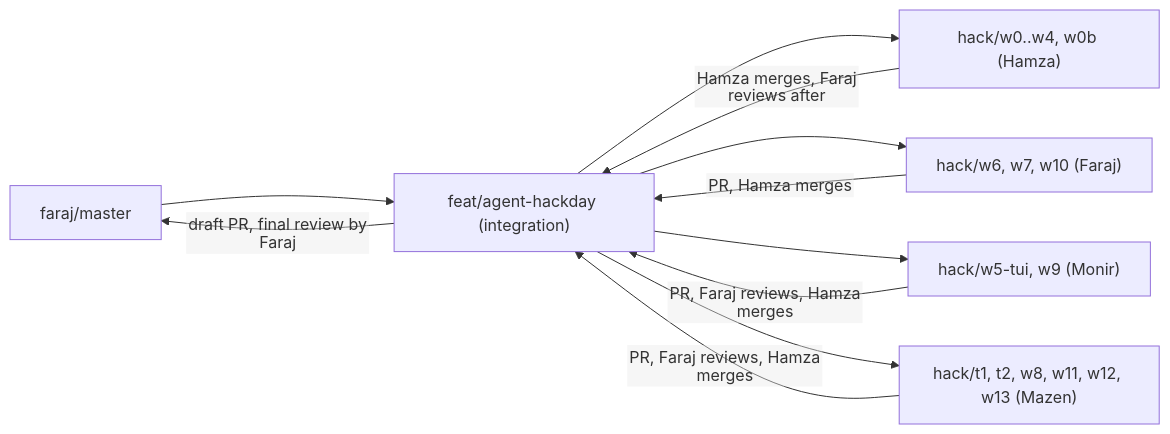
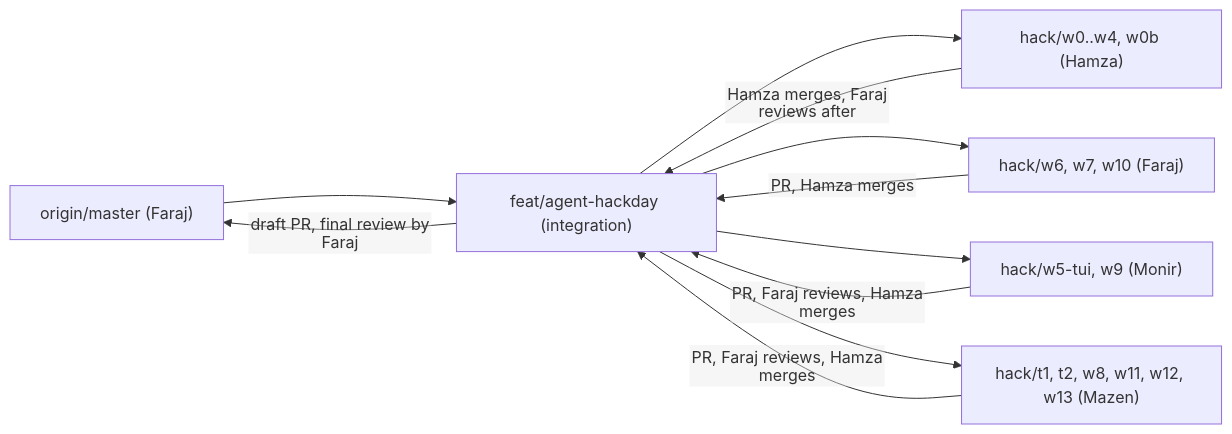
One commit to Ahmad-Faraj/polyman changed the diagram in design/agent/11-hackday-plan.md. Above: the diagram before and after it, drawn with Mermaid. The commit also changed other lines of this file, not shown here.

Commit message:
docs: use the team fork as origin in the plan

````diff
--- a/design/agent/11-hackday-plan.md
+++ b/design/agent/11-hackday-plan.md
@@ -110,14 +110,14 @@
 ```mermaid
 %%{init: {"flowchart": {"htmlLabels": false}} }%%
 flowchart LR
-  master["faraj/master"] --> hack["feat/agent-hackday (integration)"]
+  master["origin/master (Faraj)"] --> hack["feat/agent-hackday (integration)"]
   hack --> wa["hack/w0..w4, w0b (Hamza)"]
   hack --> wd["hack/w6, w7, w10 (Faraj)"]
   hack --> w5["hack/w5-tui, w9 (Monir)"]
   hack --> wc["hack/t1, t2, w8, w11, w12, w13 (Mazen)"]
   wa -->|"Hamza merges, Faraj reviews after"| hack
   wd -->|"PR, Hamza merges"| hack
   w5 -->|"PR, Faraj reviews, Hamza merges"| hack
   wc -->|"PR, Faraj reviews, Hamza merges"| hack
   hack -->|"draft PR, final review by Faraj"| master
 ```
````
